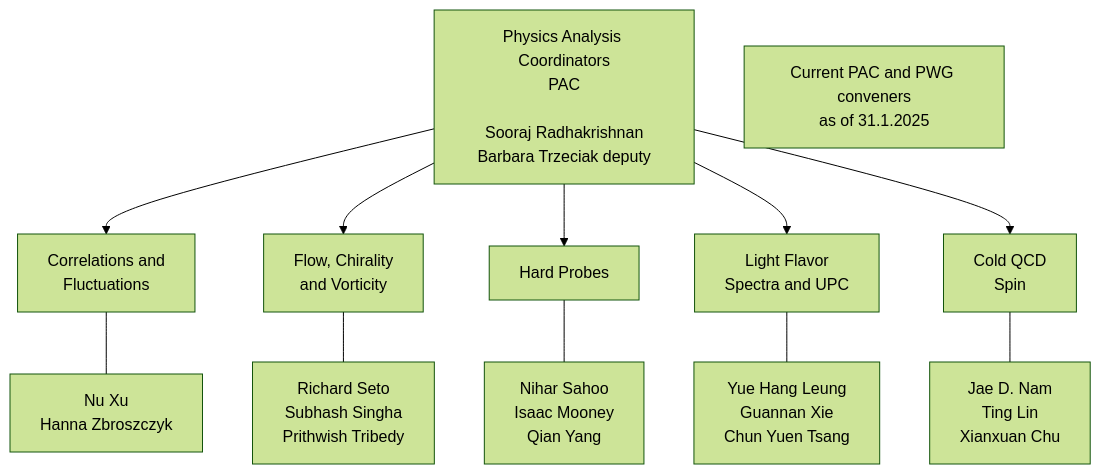
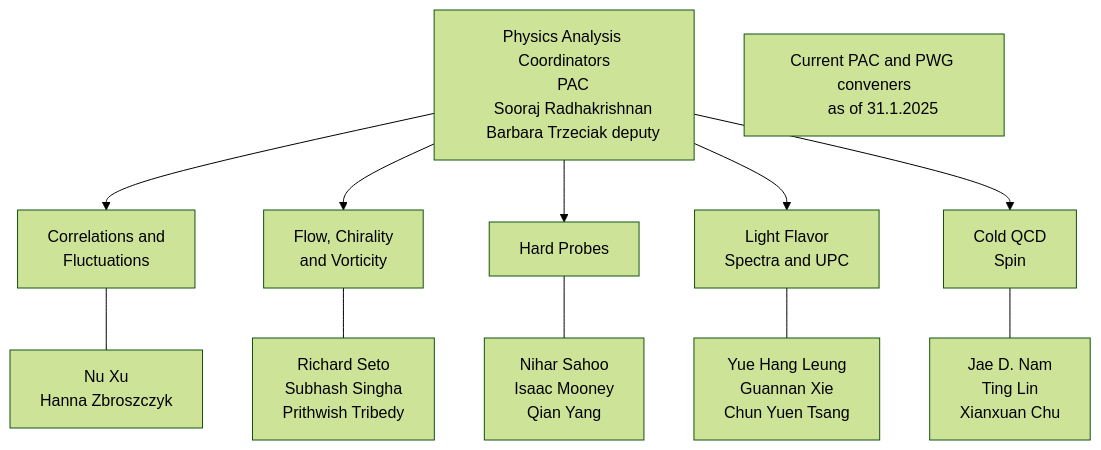
The diagram in docs/publication.md (star-juniors/star-juniors.github.io), drawn with Mermaid (forest theme) before and after one commit. The commit also changed other lines of this file and 8 other files, not shown here.

````diff
--- a/docs/publication.md
+++ b/docs/publication.md
@@ -78,16 +60,33 @@
 ```mermaid
 flowchart TD
-    PAC[Physics Analysis Coordinators\nPAC\n\nSooraj Radhakrishnan\nBarbara Trzeciak deputy] --> PWG1
+    PAC[Physics Analysis Coordinators
+    PAC
+    Sooraj Radhakrishnan
+    Barbara Trzeciak deputy] --> PWG1
     PAC --> PWG2
     PAC --> PWG3
     PAC --> PWG4
     PAC --> PWG5
     
-    PWG1[Correlations and\nFluctuations] --- CONV1[Nu Xu\nHanna Zbroszczyk]
-    PWG2[Flow, Chirality\nand Vorticity] --- CONV2[Richard Seto\nSubhash Singha\nPrithwish Tribedy]
-    PWG3[Hard Probes] --- CONV3[Nihar Sahoo\nIsaac Mooney\nQian Yang]
-    PWG4[Light Flavor\nSpectra and UPC] --- CONV4[Yue Hang Leung\nGuannan Xie\nChun Yuen Tsang]
-    PWG5[Cold QCD\n Spin] --- CONV5[Jae D. Nam\nTing Lin\nXianxuan Chu]
+    PWG1[Correlations and
+    Fluctuations] --- CONV1[Nu Xu
+    Hanna Zbroszczyk]
+    PWG2[Flow, Chirality
+    and Vorticity] --- CONV2[Richard Seto
+    Subhash Singha
+    Prithwish Tribedy]
+    PWG3[Hard Probes] --- CONV3[Nihar Sahoo
+    Isaac Mooney
+    Qian Yang]
+    PWG4[Light Flavor
+    Spectra and UPC] --- CONV4[Yue Hang Leung
+    Guannan Xie
+    Chun Yuen Tsang]
+    PWG5[Cold QCD
+     Spin] --- CONV5[Jae D. Nam
+    Ting Lin
+    Xianxuan Chu]
     
-    NOTE[Current PAC and PWG conveners\nas of 31.1.2025]
+    NOTE[Current PAC and PWG conveners
+    as of 31.1.2025]
 ```
````
